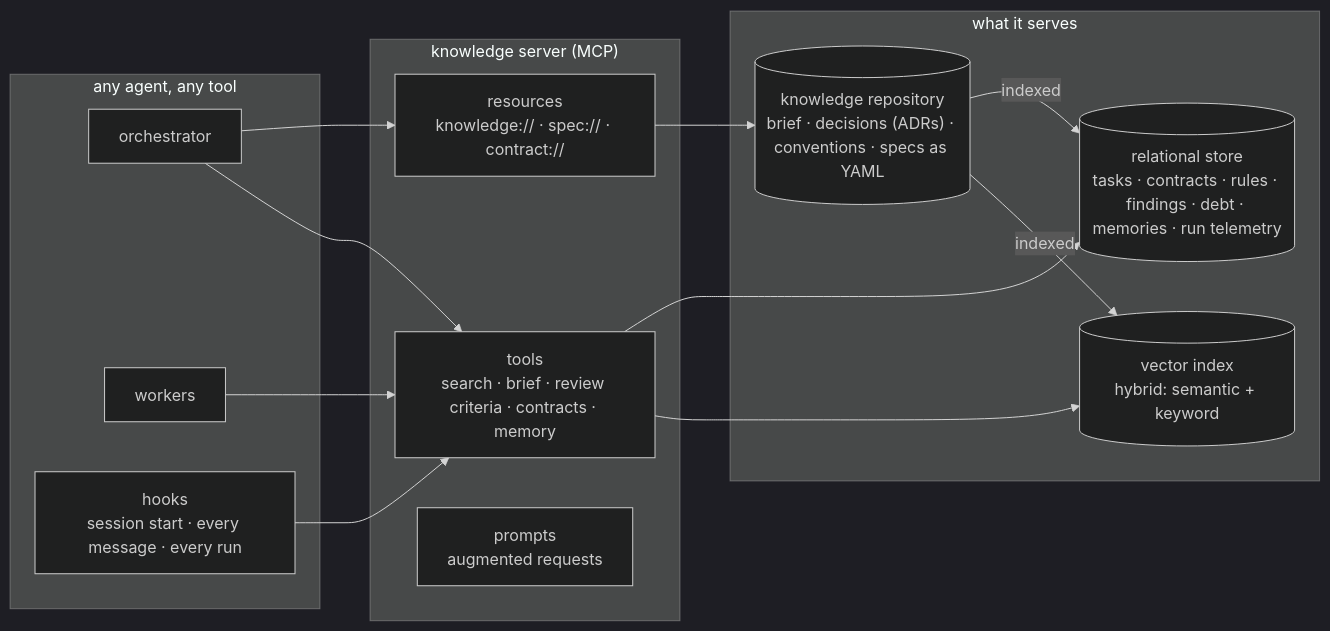
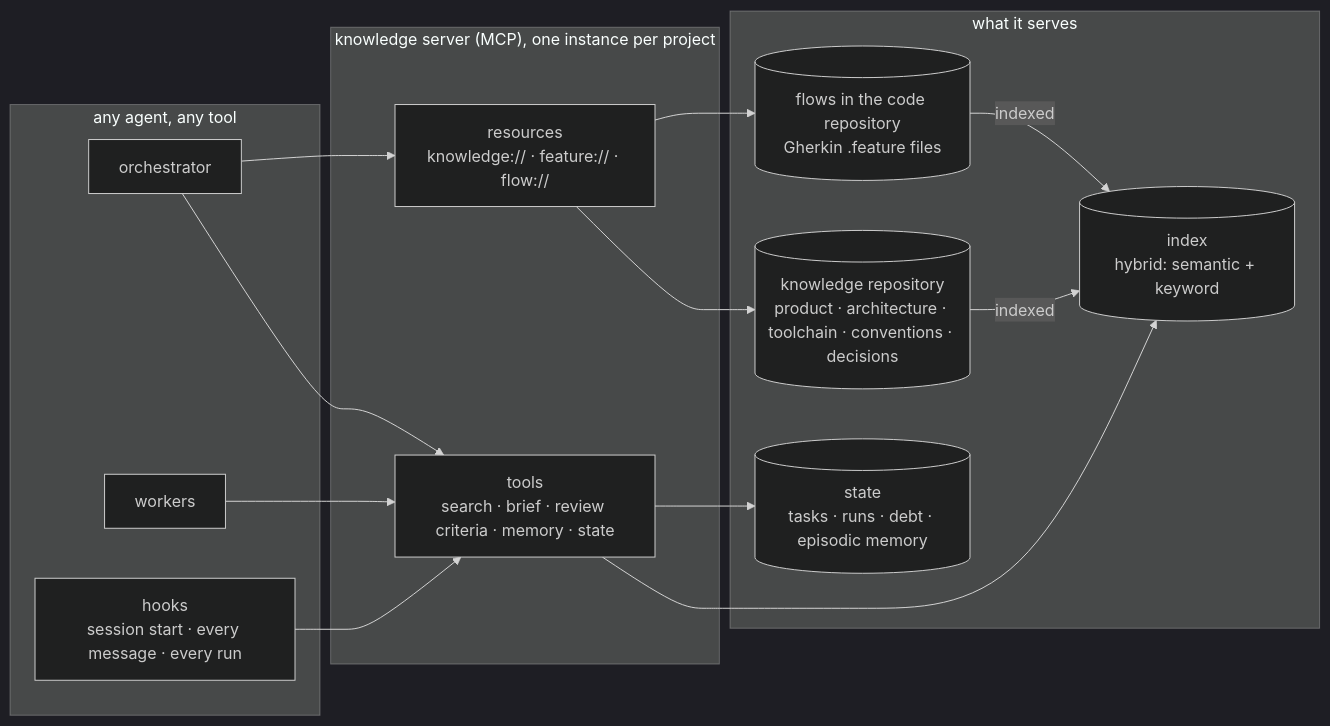
The first of 2 diagrams in README.md (jacm80/typedspec), drawn with Mermaid (dark theme) before and after one commit. The commit also changed other lines of this file and 6 other files, not shown here.

First line of the commit message:
docs: the graph as practised, the invariants, and the practices it stands on

````diff
--- a/README.md
+++ b/README.md
@@ -30,27 +66,28 @@
 ```mermaid
 flowchart LR
   subgraph Clients["any agent, any tool"]
     O["orchestrator"]
     W["workers"]
     HK["hooks<br/>session start · every message · every run"]
   end
-  subgraph KS["knowledge server (MCP)"]
-    TL["tools<br/>search · brief · review criteria · contracts · memory"]
-    RS["resources<br/>knowledge:// · spec:// · contract://"]
-    PR["prompts<br/>augmented requests"]
+  subgraph KS["knowledge server (MCP), one instance per project"]
+    TL["tools<br/>search · brief · review criteria · memory · state"]
+    RS["resources<br/>knowledge:// · feature:// · flow://"]
   end
   subgraph Store["what it serves"]
-    KR[("knowledge repository<br/>brief · decisions (ADRs) · conventions · specs as YAML")]
-    VX[("vector index<br/>hybrid: semantic + keyword")]
-    DB[("relational store<br/>tasks · contracts · rules · findings · debt · memories · run telemetry")]
+    KR[("knowledge repository<br/>product · architecture · toolchain · conventions · decisions")]
+    FT[("flows in the code repository<br/>Gherkin .feature files")]
+    VX[("index<br/>hybrid: semantic + keyword")]
+    DB[("state<br/>tasks · runs · debt · episodic memory")]
   end
   O --> TL
   W --> TL
   HK --> TL
   O --> RS
   TL --> VX
   TL --> DB
   RS --> KR
+  RS --> FT
   KR -- indexed --> VX
-  KR -- indexed --> DB
+  FT -- indexed --> VX
 ```
````
